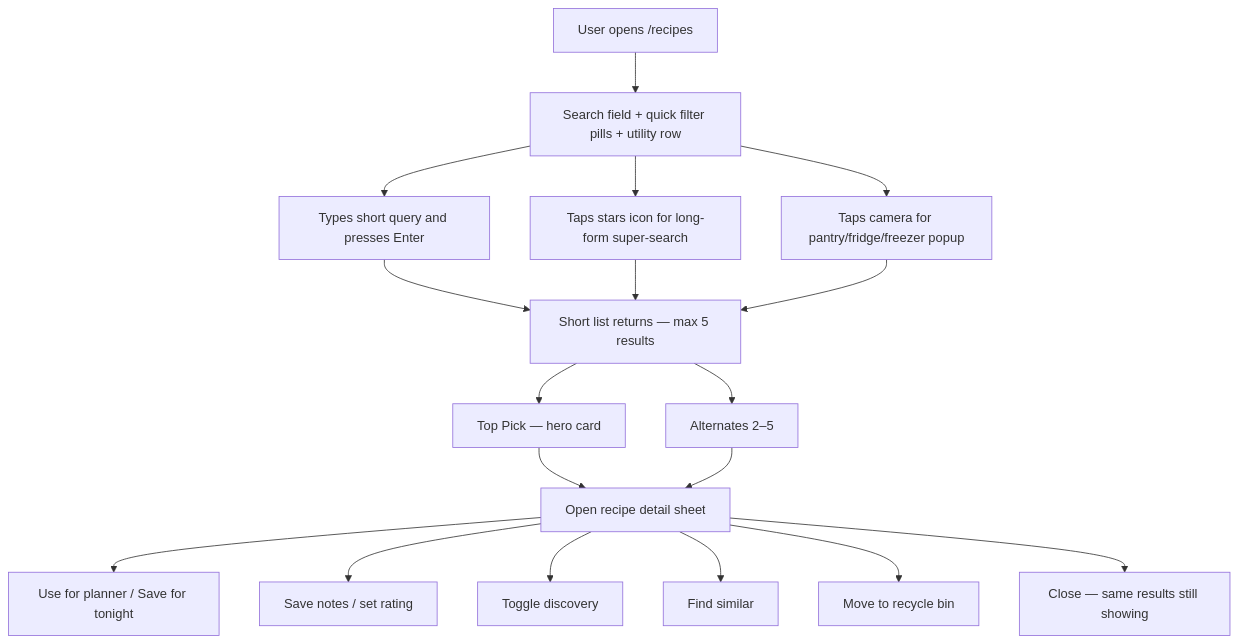
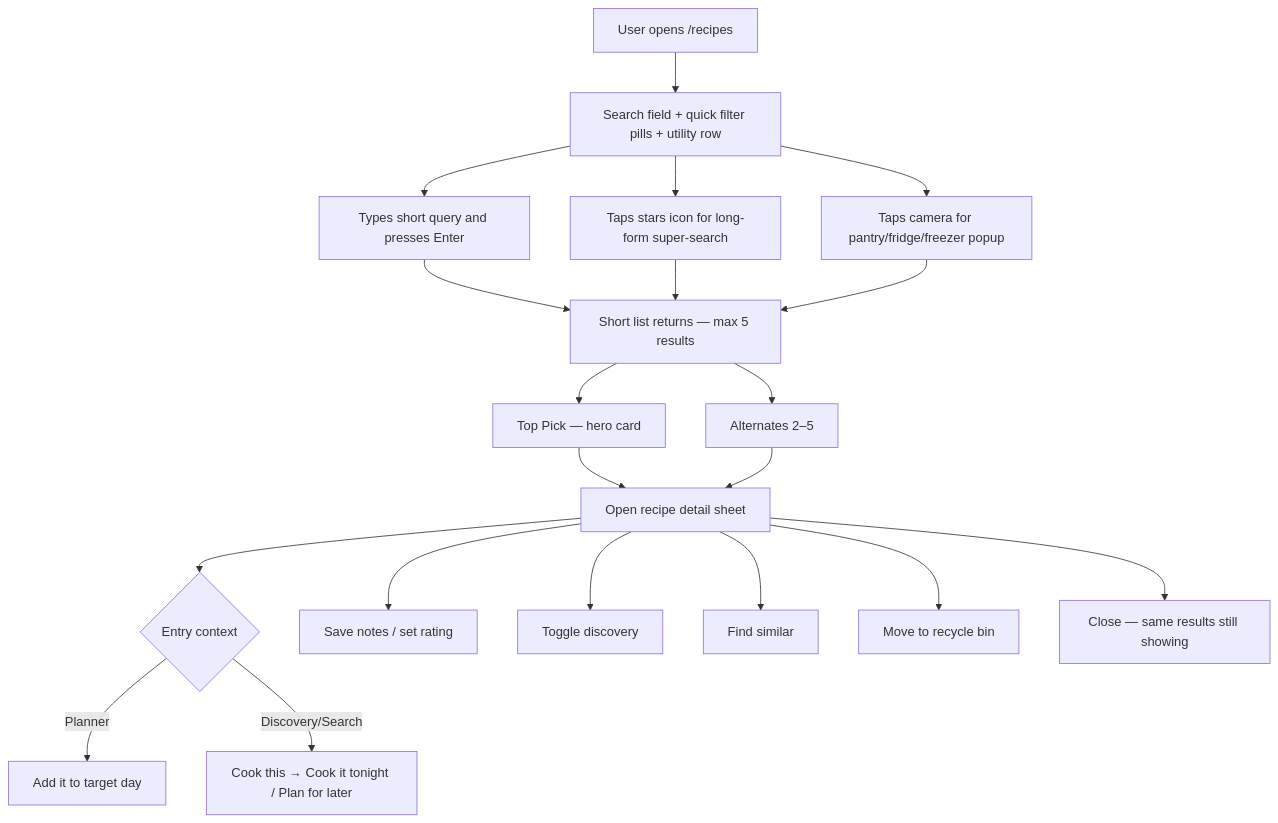
The first of 6 diagrams in docs/flows/user-flows/recipe-search-and-library-recovery.md (AlexandreBrisebois/whats-for-supper), drawn with Mermaid before and after one commit. The commit also changed other lines of this file and 17 other files, not shown here.

````diff
--- a/docs/flows/user-flows/recipe-search-and-library-recovery.md
+++ b/docs/flows/user-flows/recipe-search-and-library-recovery.md
@@ -28,20 +28,22 @@
 ```mermaid
 flowchart TD
     A[User opens /recipes] --> B[Search field + quick filter pills + utility row]
     B --> C[Types short query and presses Enter]
     B --> C2[Taps stars icon for long-form super-search]
     B --> C3[Taps camera for pantry/fridge/freezer popup]
     C --> D[Short list returns — max 5 results]
     C2 --> D
     C3 --> D
     D --> E[Top Pick — hero card]
     D --> F[Alternates 2–5]
     E --> G[Open recipe detail sheet]
     F --> G
-    G --> H[Use for planner / Save for tonight]
+    G --> H{Entry context}
+    H -->|Planner| H1[Add it to target day]
+    H -->|Discovery/Search| H2[Cook this → Cook it tonight / Plan for later]
     G --> I[Save notes / set rating]
     G --> J[Toggle discovery]
     G --> K[Find similar]
     G --> L[Move to recycle bin]
     G --> M[Close — same results still showing]
 ```
````
